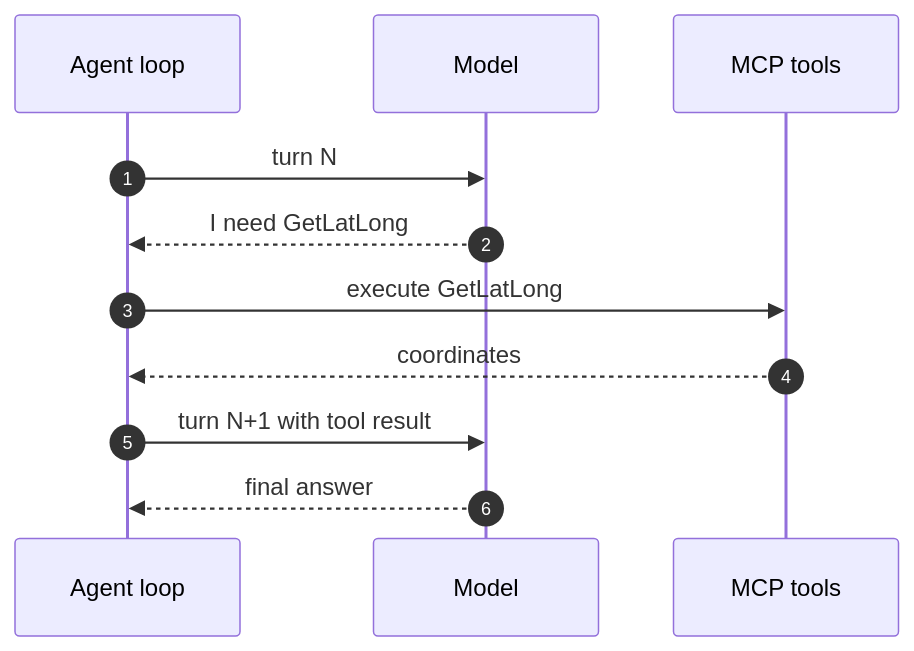
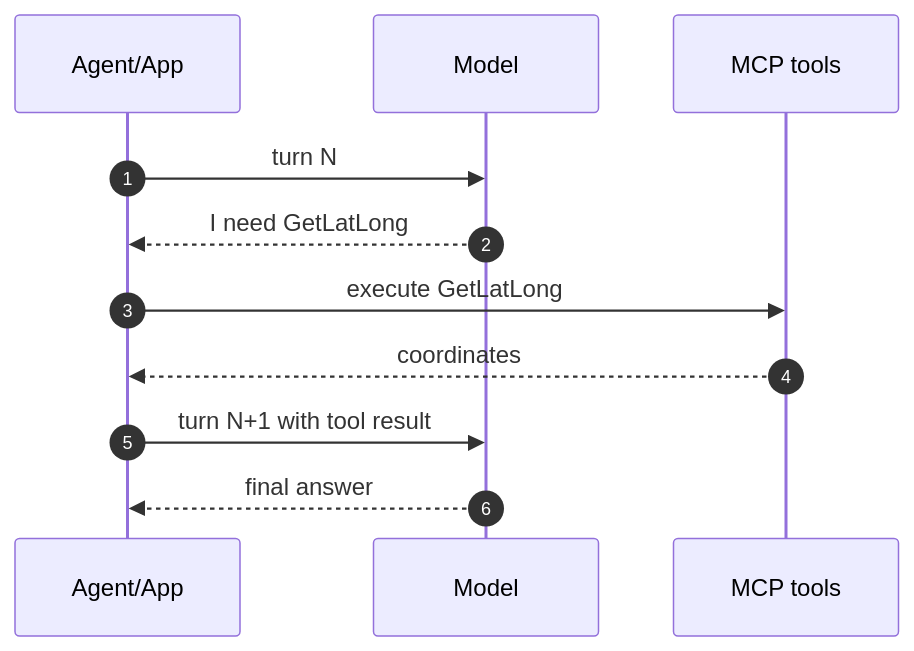
Before and after one commit to dustinkorzaan/weather-1116: diagram 16 of 31 in docs/4-demystifying-foundry-agents-mcp/demystifying-foundry-agents-mcp.md, drawn with Mermaid. The commit also changed other lines of this file, not shown here.

First line of the commit message:
Clarify section 8 Agent label as Agent/App for model-direct

````diff
--- a/docs/4-demystifying-foundry-agents-mcp/demystifying-foundry-agents-mcp.md
+++ b/docs/4-demystifying-foundry-agents-mcp/demystifying-foundry-agents-mcp.md
@@ -351,14 +352,14 @@
 ```mermaid
 sequenceDiagram
     autonumber
-    participant Agent as Agent loop
+    participant Agent as Agent/App
     participant Model as Model
     participant MCP as MCP tools
 
     Agent->>Model: turn N
     Model-->>Agent: I need GetLatLong
     Agent->>MCP: execute GetLatLong
     MCP-->>Agent: coordinates
     Agent->>Model: turn N+1 with tool result
     Model-->>Agent: final answer
 ```
````
